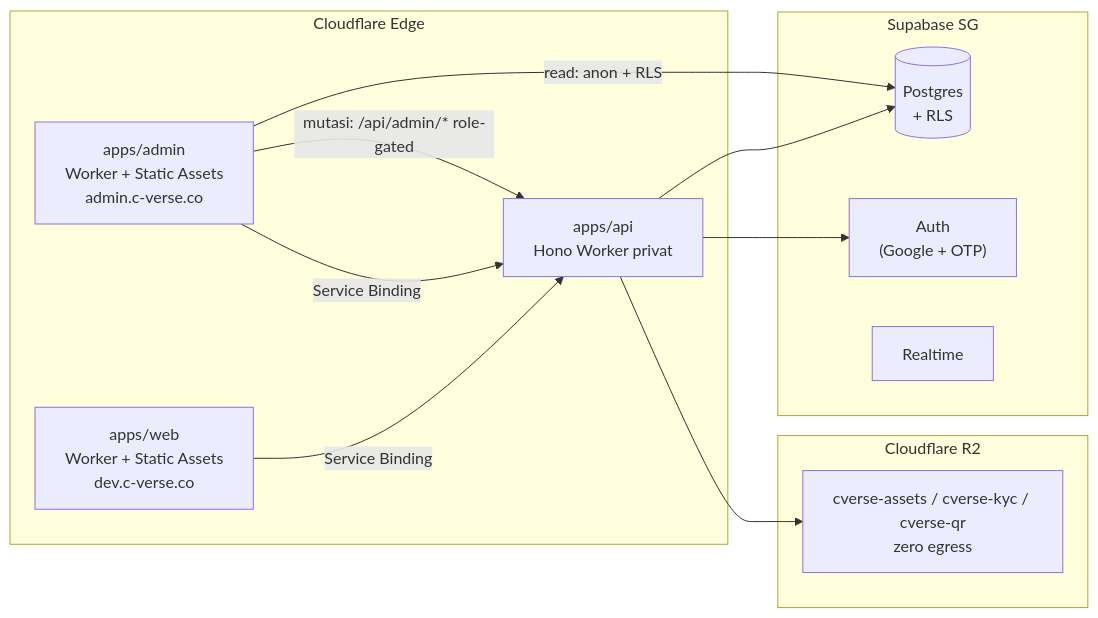
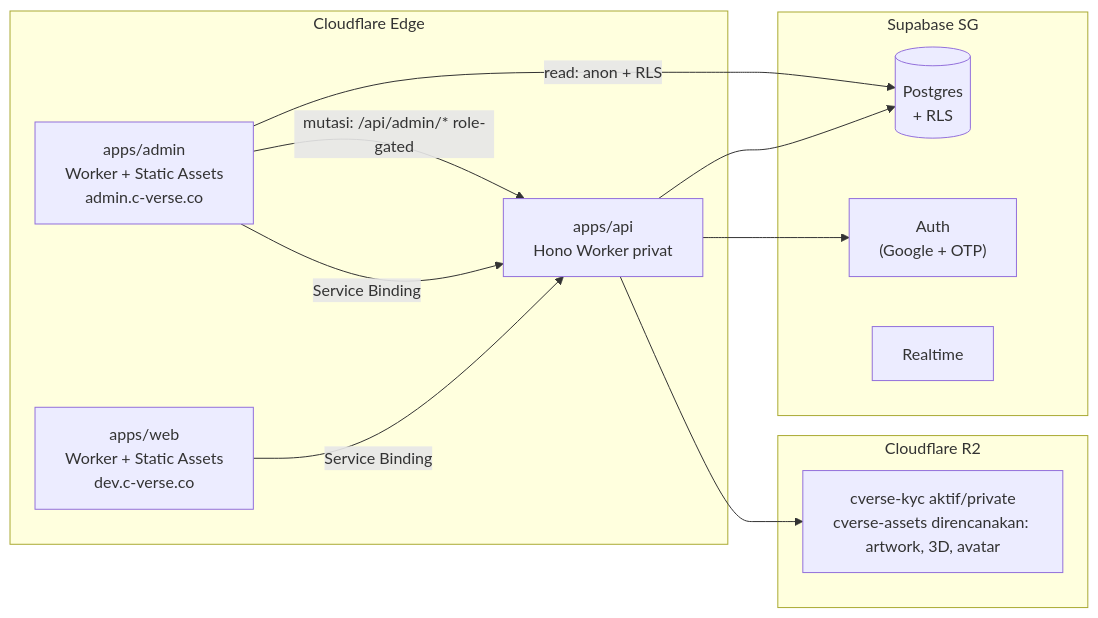
Before and after one commit to aikazu/c-verse-platform: the diagram in README.md, drawn with Mermaid. The commit also changed other lines of this file and 55 other files, not shown here.

````diff
--- a/README.md
+++ b/README.md
@@ -29,23 +29,23 @@
 ```mermaid
 flowchart LR
   subgraph Edge["Cloudflare Edge"]
     Web["apps/web<br/>Worker + Static Assets<br/>dev.c-verse.co"]
     Admin["apps/admin<br/>Worker + Static Assets<br/>admin.c-verse.co"]
     Api["apps/api<br/>Hono Worker privat"]
   end
   subgraph Data["Supabase SG"]
     DB[("Postgres<br/>+ RLS")]
     Auth["Auth<br/>(Google + OTP)"]
     RT["Realtime"]
   end
   subgraph StorageBox["Cloudflare R2"]
-    R2["cverse-assets / cverse-kyc / cverse-qr<br/>zero egress"]
+    R2["cverse-kyc aktif/private<br/>cverse-assets direncanakan: artwork, 3D, avatar"]
   end
   Web -->|Service Binding| Api
   Admin -->|Service Binding| Api
   Api --> DB
   Api --> Auth
   Api --> R2
   Admin -->|read: anon + RLS| DB
   Admin -->|mutasi: /api/admin/* role-gated| Api
 ```
````
